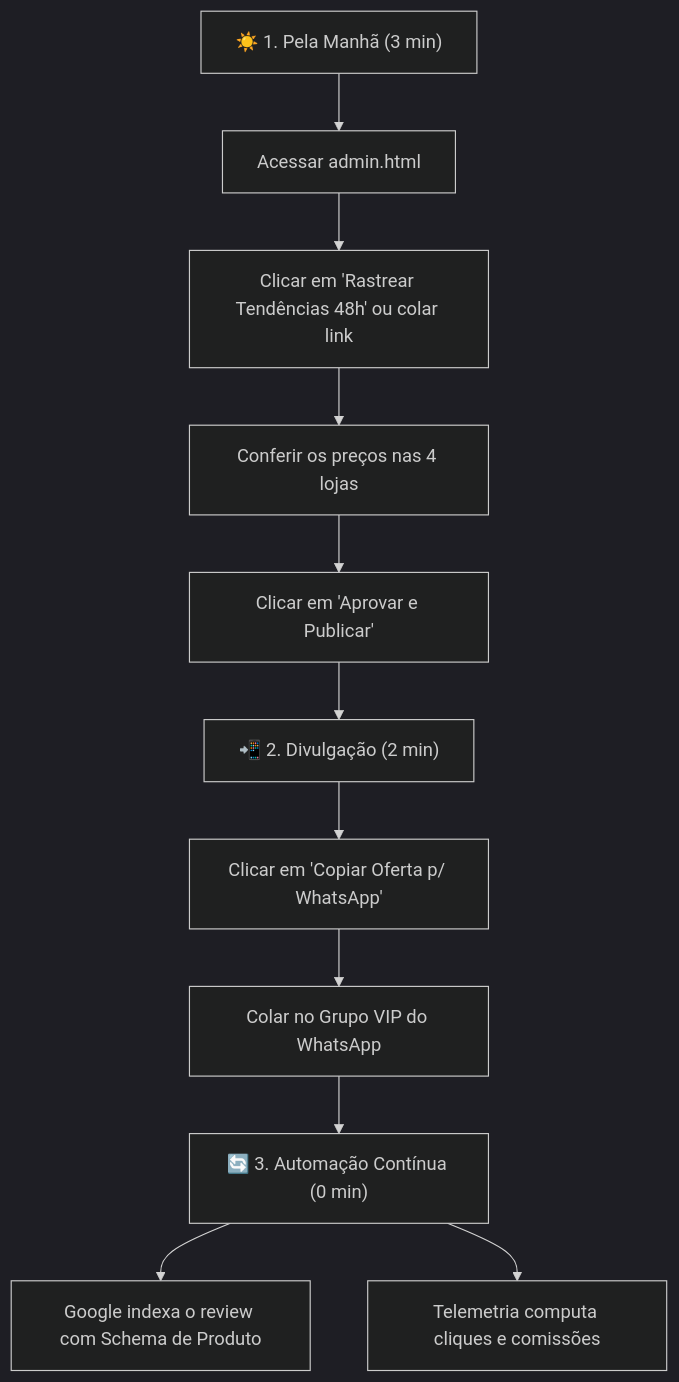
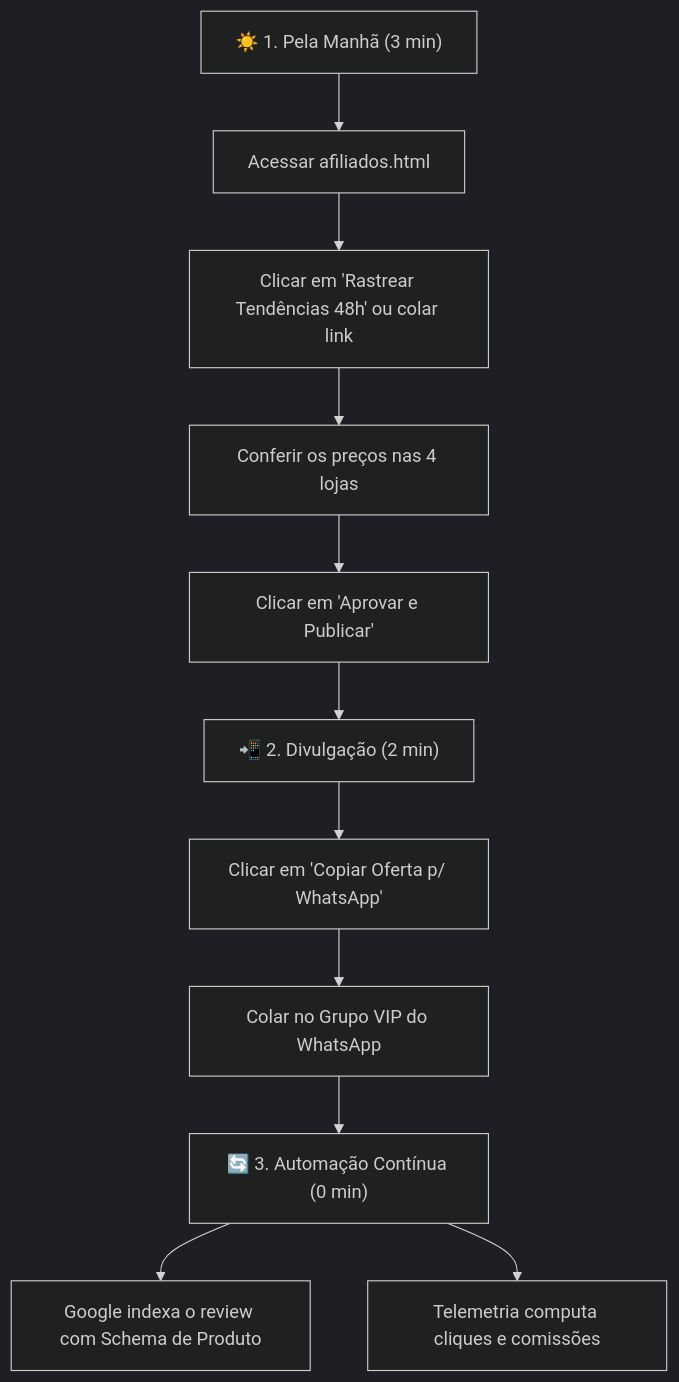
One commit to Wilbade/longo-shield-web changed the diagram in GUIA_PASSO_A_PASSO_AFILIADOS.md. Above: the diagram before and after it, drawn with Mermaid (dark theme). The commit also changed other lines of this file and 16 other files, not shown here.

````diff
--- a/GUIA_PASSO_A_PASSO_AFILIADOS.md
+++ b/GUIA_PASSO_A_PASSO_AFILIADOS.md
@@ -201,13 +201,13 @@
 ```mermaid
 flowchart TD
-    A["☀️ 1. Pela Manhã (3 min)"] --> B["Acessar admin.html"]
+    A["☀️ 1. Pela Manhã (3 min)"] --> B["Acessar afiliados.html"]
     B --> C["Clicar em 'Rastrear Tendências 48h' ou colar link"]
     C --> D["Conferir os preços nas 4 lojas"]
     D --> E["Clicar em 'Aprovar e Publicar'"]
     E --> F["📲 2. Divulgação (2 min)"]
     F --> G["Clicar em 'Copiar Oferta p/ WhatsApp'"]
     G --> H["Colar no Grupo VIP do WhatsApp"]
     H --> I["🔄 3. Automação Contínua (0 min)"]
     I --> J["Google indexa o review com Schema de Produto"]
     I --> K["Telemetria computa cliques e comissões"]
 ```
````
